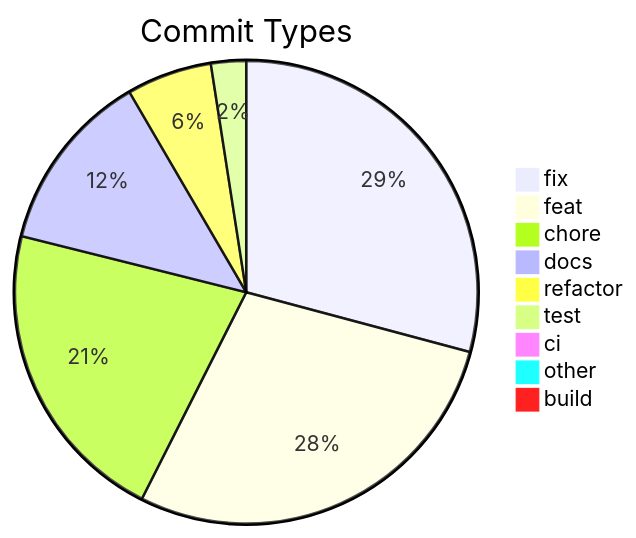
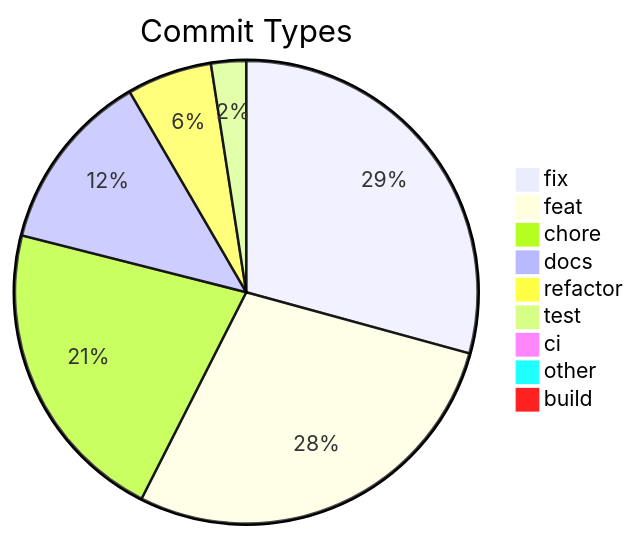
The diagram in .shipwright/compliance/change-history.md (svenroth-ai/shipwright), drawn with Mermaid before and after one commit. The commit also changed other lines of this file and 27 other files, not shown here.

````diff
--- a/.shipwright/compliance/change-history.md
+++ b/.shipwright/compliance/change-history.md
@@ -8,12 +8,12 @@
 ```mermaid
 pie title Commit Types
-    "fix" : 333
+    "fix" : 335
     "feat" : 323
-    "chore" : 245
+    "chore" : 246
     "docs" : 145
     "refactor" : 68
     "test" : 28
     "ci" : 11
     "other" : 9
     "build" : 1
 ```
````
